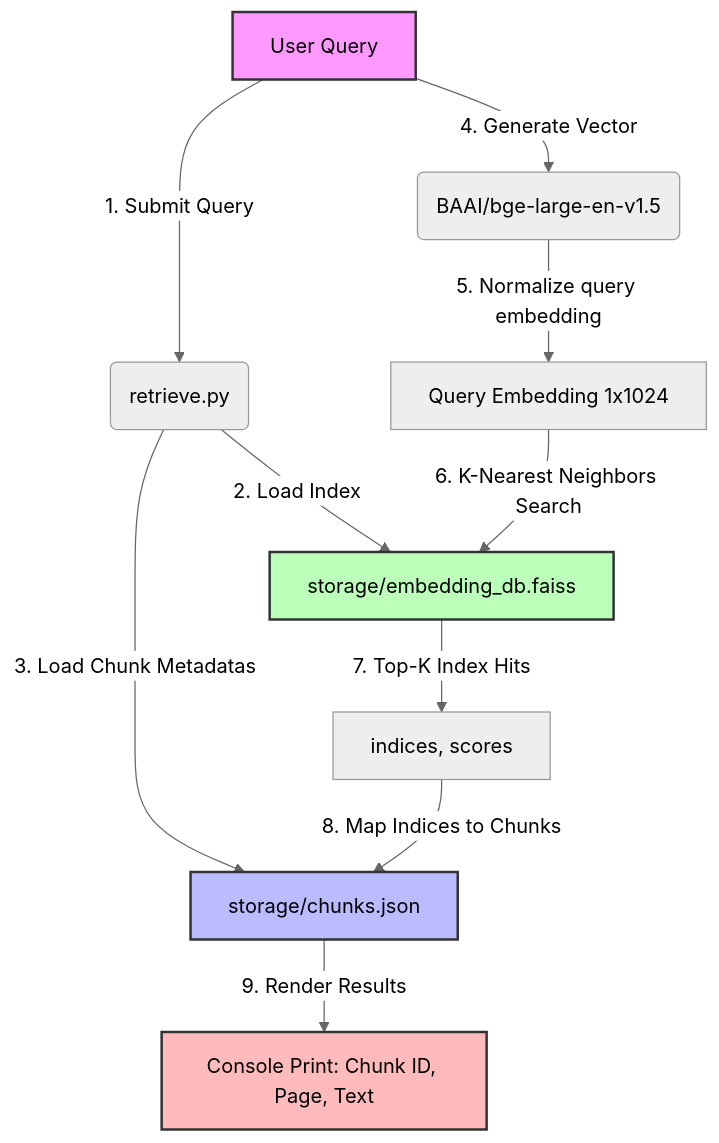
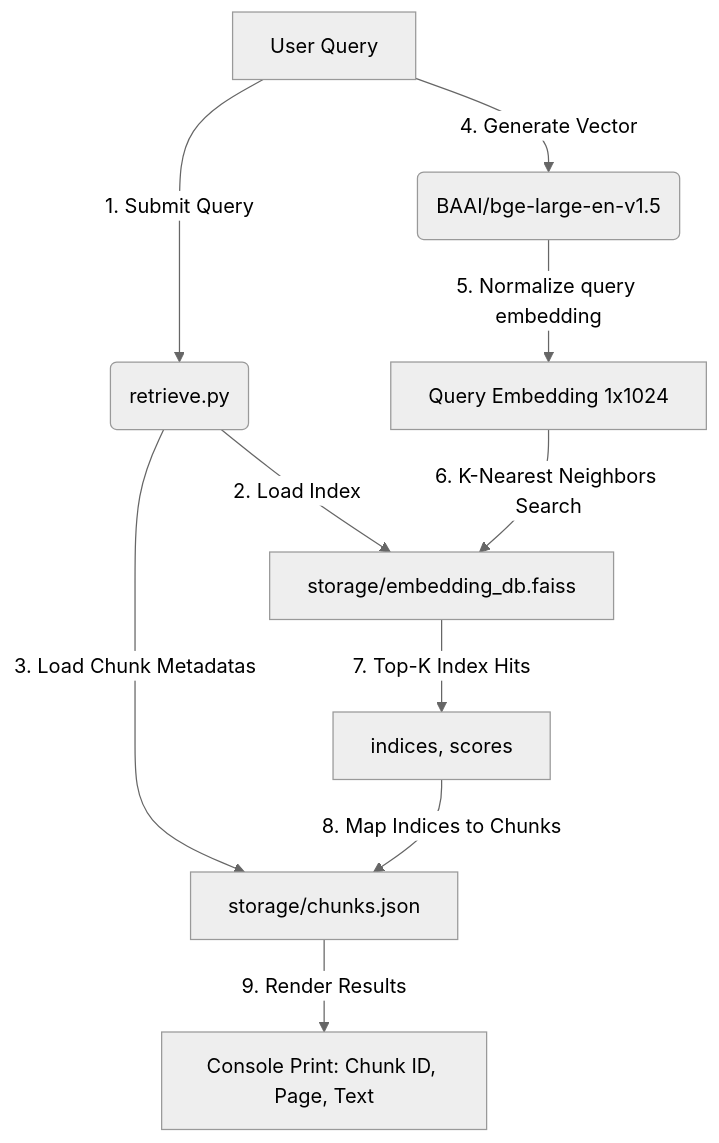
The diagram in phase-6-Retrival-pipeline/README.md (venkatbayanaboina/research-rag-assistant), drawn with Mermaid (neutral theme) before and after one commit. The commit also changed 1 other file, not shown here.

Commit message:
style: remove custom mermaid styling to fix text contrast on dark/light themes

````diff
--- a/phase-6-Retrival-pipeline/README.md
+++ b/phase-6-Retrival-pipeline/README.md
@@ -9,17 +9,12 @@
 ```mermaid
 graph TD
     A[User Query] -->|1. Submit Query| B(retrieve.py)
     B -->|2. Load Index| C[storage/embedding_db.faiss]
     B -->|3. Load Chunk Metadatas| D[storage/chunks.json]
     A -->|4. Generate Vector| E(BAAI/bge-large-en-v1.5)
     E -->|5. Normalize query embedding| F[Query Embedding 1x1024]
     F -->|6. K-Nearest Neighbors Search| C
     C -->|7. Top-K Index Hits| G[indices, scores]
     G -->|8. Map Indices to Chunks| D
     D -->|9. Render Results| H[Console Print: Chunk ID, Page, Text]
-
-    style A fill:#f9f,stroke:#333,stroke-width:2px
-    style C fill:#bfb,stroke:#333,stroke-width:2px
-    style D fill:#bbf,stroke:#333,stroke-width:2px
-    style H fill:#fbb,stroke:#333,stroke-width:2px
 ```
````
